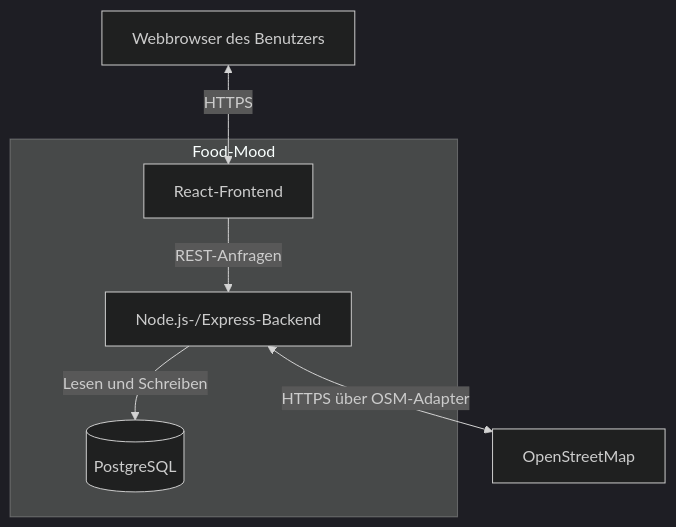
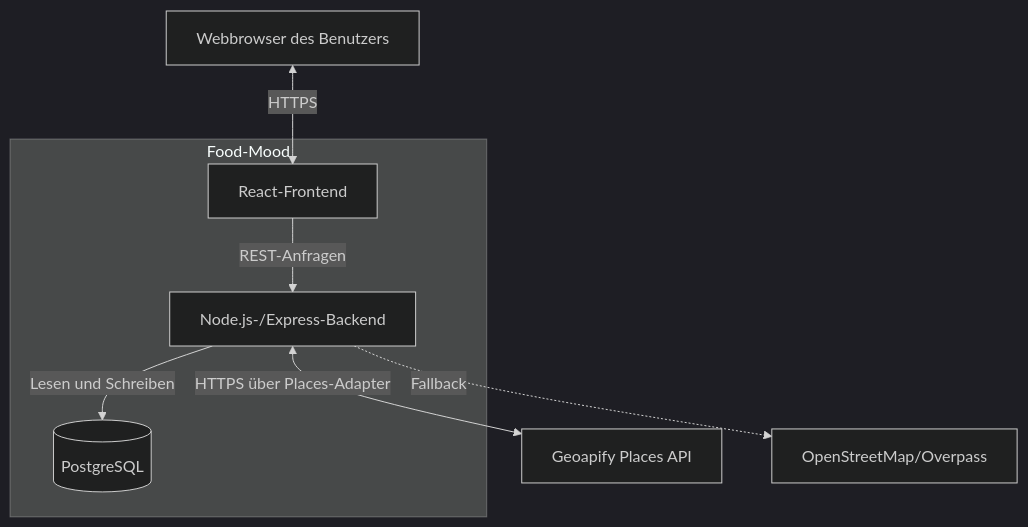
The diagram in docs/arch/A04-Loesungsstrategie.md (ahil-trq/thm_wk-1106_food-mood), drawn with Mermaid (dark theme) before and after one commit. The commit also changed other lines of this file and 14 other files, not shown here.

````diff
--- a/docs/arch/A04-Loesungsstrategie.md
+++ b/docs/arch/A04-Loesungsstrategie.md
@@ -11,18 +11,20 @@
 ```mermaid
 flowchart TD
     browser["Webbrowser des Benutzers"]
 
     subgraph foodmood["Food-Mood"]
         frontend["React-Frontend"]
         backend["Node.js-/Express-Backend"]
         database[("PostgreSQL")]
 
         frontend -->|REST-Anfragen| backend
         backend -->|Lesen und Schreiben| database
     end
 
-    osm["OpenStreetMap"]
+    places["Geoapify Places API"]
+    osm["OpenStreetMap/Overpass"]
 
     browser <-->|HTTPS| frontend
-    backend <-->|HTTPS über OSM-Adapter| osm
+    backend <-->|HTTPS über Places-Adapter| places
+    backend -.->|Fallback| osm
 ```
````
